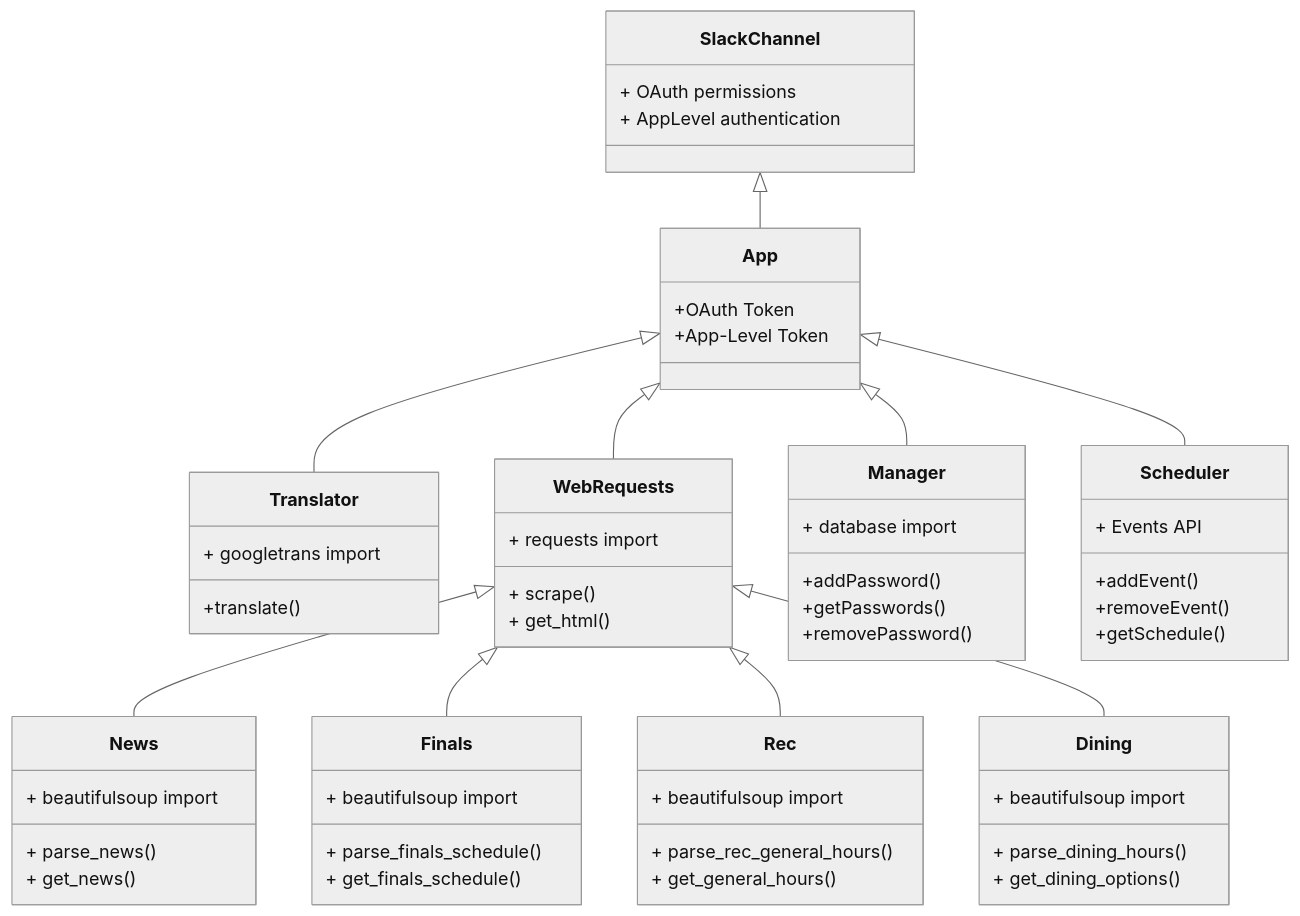
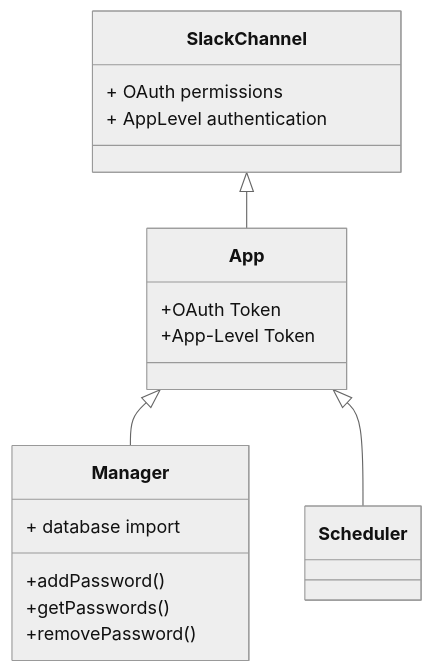
The diagram in diagrams/structureDiagram.md (em-henken/slackbot-password-manager), drawn with Mermaid (neutral theme) before and after one commit. The commit also changed 4962 other files, not shown here.

````diff
--- a/diagrams/structureDiagram.md
+++ b/diagrams/structureDiagram.md
@@ -1,59 +1,18 @@
 ```mermaid
 classDiagram
-    App <|-- Translator
-    App <|-- WebRequests
     App <|-- Manager
     App <|-- Scheduler
     SlackChannel <|-- App
-    WebRequests <|-- News
-    WebRequests <|-- Finals
-    WebRequests <|-- Rec
-    WebRequests <|-- Dining
     App : +OAuth Token
     App : +App-Level Token
-    class Translator{
-        + googletrans import
-        +translate()
-    }
-    class WebRequests{
-        + requests import
-        + scrape()
-        + get_html()
-    }
     class Manager{
         + database import
         +addPassword()
         +getPasswords()
         +removePassword()
     }
-    class Scheduler{
-        + Events API
-        +addEvent()
-        +removeEvent()
-        +getSchedule()
-    }
     class SlackChannel{
         + OAuth permissions
         + AppLevel authentication
     }
-    class News{
-        + beautifulsoup import
-        + parse_news()
-        + get_news()
-    }
-    class Finals{
-        + beautifulsoup import
-        + parse_finals_schedule()
-        + get_finals_schedule()
-    }
-    class Rec{
-        + beautifulsoup import
-        + parse_rec_general_hours()
-        + get_general_hours()
-    }
-    class Dining{
-        + beautifulsoup import
-        + parse_dining_hours()
-        + get_dining_options()
-    }
 ```
````
